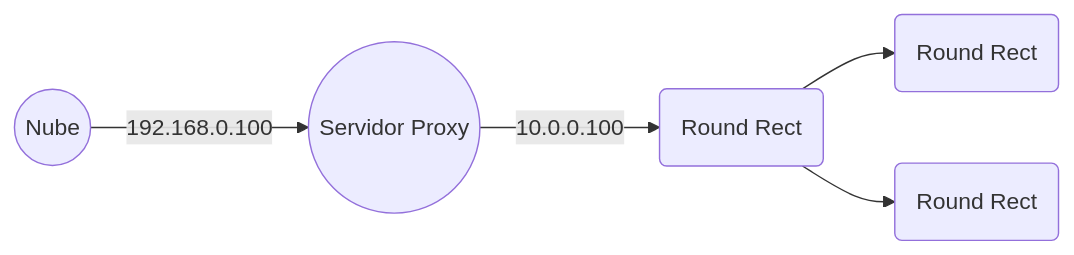
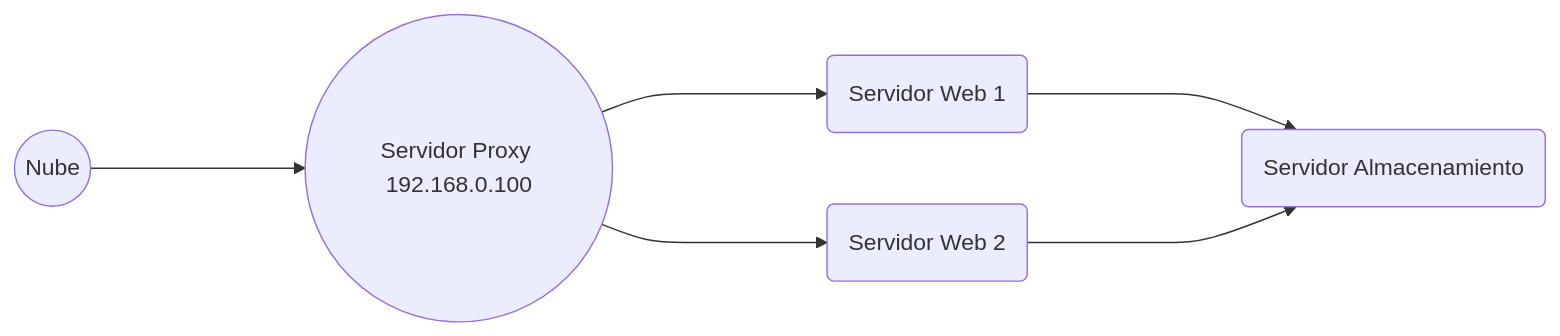
Before and after one commit to eavurela/infra_cloud: the second of 3 diagrams in TP_INFRA.md, drawn with Mermaid. The commit also changed other lines of this file, not shown here.

Commit message:
TP_INFRA.md updated from https://stackedit.io/

````diff
--- a/TP_INFRA.md
+++ b/TP_INFRA.md
@@ -406,10 +406,12 @@
 ```mermaid
 graph LR
-A((Nube))
---192.168.0.100--> B((Servidor Proxy))
-B --10.0.0.100--> C(Round Rect)
-C --> D(Round Rect)
-C --> E(Round Rect)
+A((Nube)) ----> B((Servidor Proxy 192.168.0.100))
+B ----> C(Servidor Web 1)
+B ----> D(Servidor Web 2)
+C ----> E(Servidor Almacenamiento)
+D ----> E(Servidor Almacenamiento)
+
+
 
 
 ```
````
